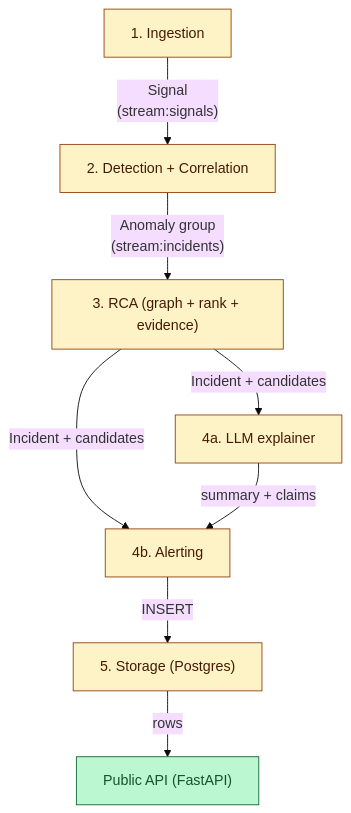
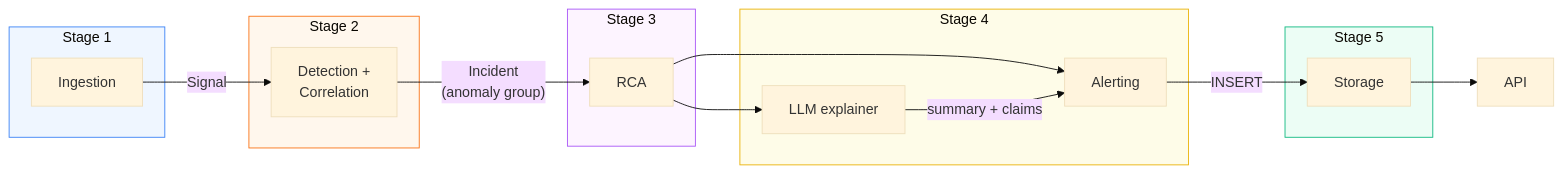
One commit to rifatbond007/inframind-core changed the fourth of 10 diagrams in docs/ARCHITECTURE.md. Above: the diagram before and after it, drawn with Mermaid (base theme). The commit also changed other lines of this file and 56 other files, not shown here.

````diff
--- a/docs/ARCHITECTURE.md
+++ b/docs/ARCHITECTURE.md
@@ -114,21 +178,34 @@
 ```mermaid
-flowchart TB
-    classDef stage fill:#fef3c7,stroke:#92400e,color:#451a03
-    classDef api fill:#bbf7d0,stroke:#166534,color:#14532d
+flowchart LR
+    subgraph S1["Stage 1"]
+        A["Ingestion"]
+    end
+    subgraph S2["Stage 2"]
+        B["Detection +<br/>Correlation"]
+    end
+    subgraph S3["Stage 3"]
+        C["RCA"]
+    end
+    subgraph S4["Stage 4"]
+        D["LLM explainer"]
+        E["Alerting"]
+    end
+    subgraph S5["Stage 5"]
+        F["Storage"]
+    end
+    G["API"]
 
-    S1["1. Ingestion"]:::stage
-    S2["2. Detection + Correlation"]:::stage
-    S3["3. RCA (graph + rank + evidence)"]:::stage
-    S4A["4a. LLM explainer"]:::stage
-    S4B["4b. Alerting"]:::stage
-    S5["5. Storage (Postgres)"]:::stage
-    S6["Public API (FastAPI)"]:::api
+    A -->|"Signal"| B
+    B -->|"Incident<br/>(anomaly group)"| C
+    C --> D
+    C --> E
+    D -->|"summary + claims"| E
+    E -->|"INSERT"| F
+    F --> G
 
-    S1 -- "Signal\n(stream:signals)" --> S2
-    S2 -- "Anomaly group\n(stream:incidents)" --> S3
-    S3 -- "Incident + candidates" --> S4A
-    S3 -- "Incident + candidates" --> S4B
-    S4A -- "summary + claims" --> S4B
-    S4B -- "INSERT" --> S5
-    S5 -- "rows" --> S6
+    style S1 fill:#eff6ff,stroke:#3b82f6
+    style S2 fill:#fff7ed,stroke:#f97316
+    style S3 fill:#fdf4ff,stroke:#a855f7
+    style S4 fill:#fefce8,stroke:#eab308
+    style S5 fill:#ecfdf5,stroke:#10b981
 ```
````
